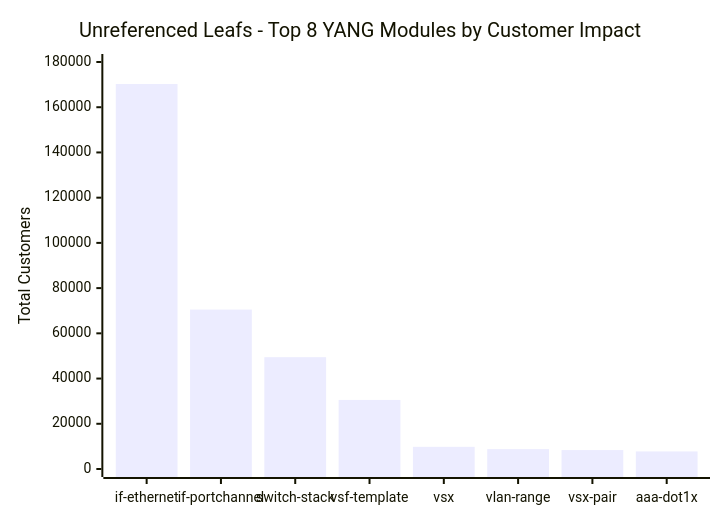
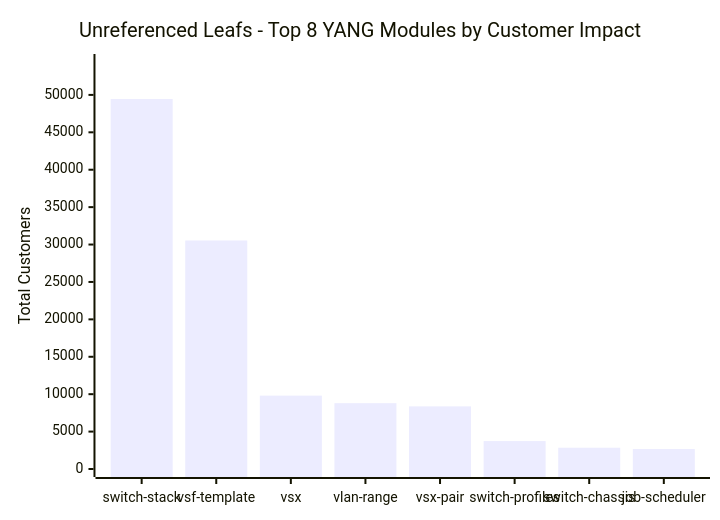
One commit to Nimisha-Mathews/analysis-yang-data changed the first of 3 diagrams in PLM_Unreferenced_Analysis_Report.md. Above: the diagram before and after it, drawn with Mermaid. The commit also changed other lines of this file, not shown here.

````diff
--- a/PLM_Unreferenced_Analysis_Report.md
+++ b/PLM_Unreferenced_Analysis_Report.md
@@ -23,7 +27,7 @@
 ```mermaid
 xychart-beta
     title "Unreferenced Leafs - Top 8 YANG Modules by Customer Impact"
-    x-axis ["if-ethernet", "if-portchannel", "switch-stack", "vsf-template", "vsx", "vlan-range", "vsx-pair", "aaa-dot1x"]
-    y-axis "Total Customers" 0 --> 180000
-    bar [170256, 70517, 49453, 30543, 9805, 8799, 8372, 7781]
+    x-axis ["switch-stack", "vsf-template", "vsx", "vlan-range", "vsx-pair", "switch-profiles", "switch-chassis", "job-scheduler"]
+    y-axis "Total Customers" 0 --> 54398
+    bar [49453, 30543, 9805, 8799, 8372, 3732, 2846, 2668]
 ```
````
